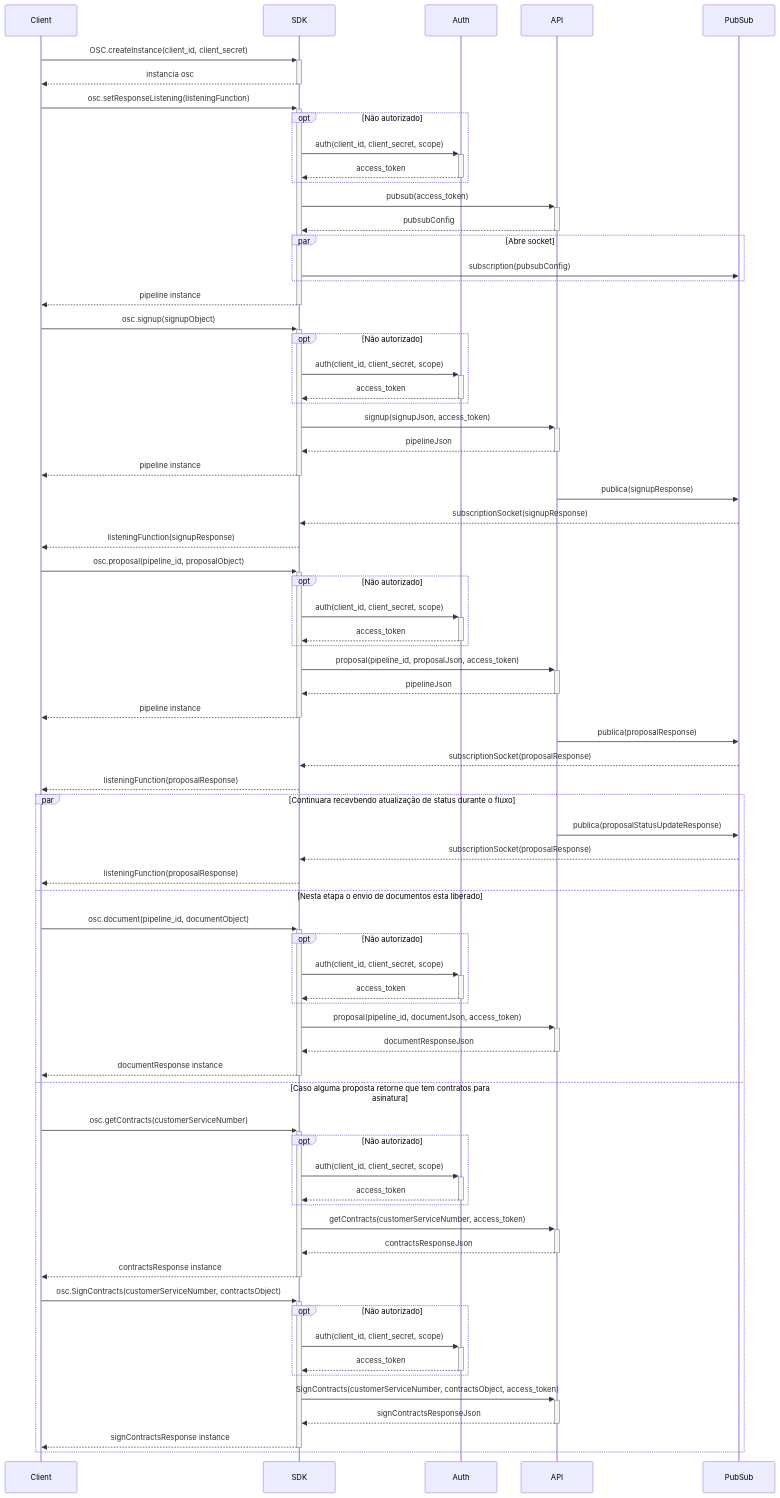
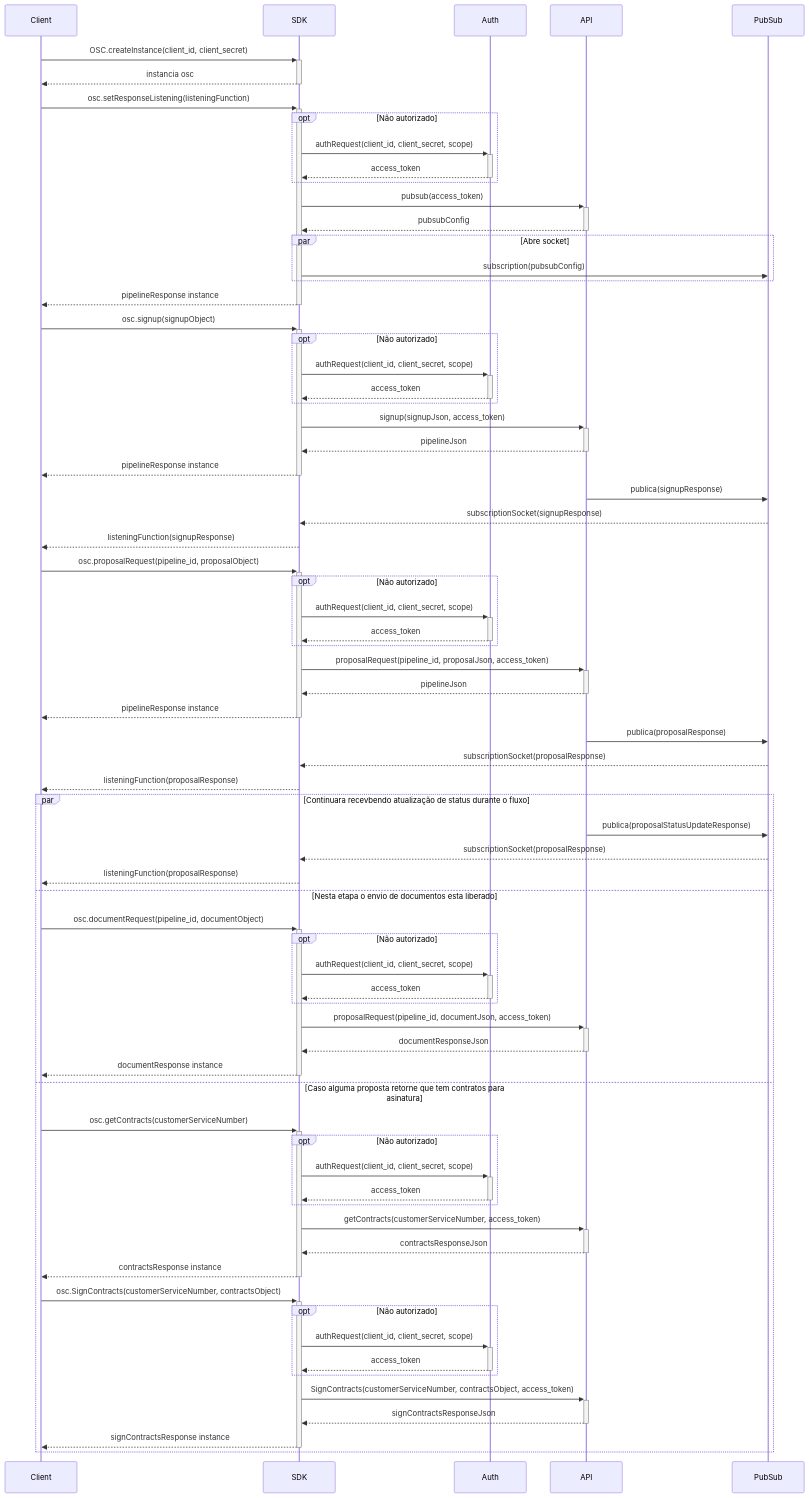
The fourth of 4 diagrams in README.md (Fitbank-Pagamentos-Eletronicos/osc-sdk-java), drawn with Mermaid before and after one commit. The commit also changed other lines of this file and 229 other files, not shown here.

```diff
--- a/README.md
+++ b/README.md
@@ -374,7 +374,7 @@
 
     Client->>+SDK: osc.setResponseListening(listeningFunction)
         opt Não autorizado 
-            SDK->>+Auth: auth(client_id, client_secret, scope)
+            SDK->>+Auth: authRequest(client_id, client_secret, scope)
             Auth-->>-SDK: access_token
         end
         SDK->>+API: pubsub(access_token)
@@ -382,28 +382,28 @@
         par Abre socket
             SDK->>PubSub: subscription(pubsubConfig)
         end
-    SDK-->>-Client: pipeline instance
+    SDK-->>-Client: pipelineResponse instance
 
     Client->>+SDK: osc.signup(signupObject)
         opt Não autorizado 
-            SDK->>+Auth: auth(client_id, client_secret, scope)
+            SDK->>+Auth: authRequest(client_id, client_secret, scope)
             Auth-->>-SDK: access_token
         end
         SDK->>+API: signup(signupJson, access_token)
         API-->>-SDK: pipelineJson
-    SDK-->>-Client: pipeline instance
+    SDK-->>-Client: pipelineResponse instance
     API->>PubSub: publica(signupResponse)
     PubSub-->>SDK: subscriptionSocket(signupResponse)
     SDK-->>Client: listeningFunction(signupResponse)
 
-    Client->>+SDK: osc.proposal(pipeline_id, proposalObject)
+    Client->>+SDK: osc.proposalRequest(pipeline_id, proposalObject)
         opt Não autorizado 
-            SDK->>+Auth: auth(client_id, client_secret, scope)
+            SDK->>+Auth: authRequest(client_id, client_secret, scope)
             Auth-->>-SDK: access_token
         end
-        SDK->>+API: proposal(pipeline_id, proposalJson, access_token)
+        SDK->>+API: proposalRequest(pipeline_id, proposalJson, access_token)
         API-->>-SDK: pipelineJson
-    SDK-->>-Client: pipeline instance
+    SDK-->>-Client: pipelineResponse instance
 
     API->>PubSub: publica(proposalResponse)
     PubSub-->>SDK: subscriptionSocket(proposalResponse)
@@ -414,18 +414,18 @@
         PubSub-->>SDK: subscriptionSocket(proposalResponse)
         SDK-->>Client: listeningFunction(proposalResponse)
     and Nesta etapa o envio de documentos esta liberado
-        Client->>+SDK: osc.document(pipeline_id, documentObject)
+        Client->>+SDK: osc.documentRequest(pipeline_id, documentObject)
             opt Não autorizado 
-                SDK->>+Auth: auth(client_id, client_secret, scope)
+                SDK->>+Auth: authRequest(client_id, client_secret, scope)
                 Auth-->>-SDK: access_token
             end
-            SDK->>+API: proposal(pipeline_id, documentJson, access_token)
+            SDK->>+API: proposalRequest(pipeline_id, documentJson, access_token)
             API-->>-SDK: documentResponseJson
         SDK-->>-Client: documentResponse instance
     and Caso alguma proposta retorne que tem contratos para asinatura
         Client->>+SDK: osc.getContracts(customerServiceNumber)
             opt Não autorizado 
-                SDK->>+Auth: auth(client_id, client_secret, scope)
+                SDK->>+Auth: authRequest(client_id, client_secret, scope)
                 Auth-->>-SDK: access_token
             end
             SDK->>+API: getContracts(customerServiceNumber, access_token)
@@ -434,7 +434,7 @@
 
         Client->>+SDK: osc.SignContracts(customerServiceNumber, contractsObject)
             opt Não autorizado 
-                SDK->>+Auth: auth(client_id, client_secret, scope)
+                SDK->>+Auth: authRequest(client_id, client_secret, scope)
                 Auth-->>-SDK: access_token
             end
             SDK->>+API: SignContracts(customerServiceNumber, contractsObject, access_token)
```
